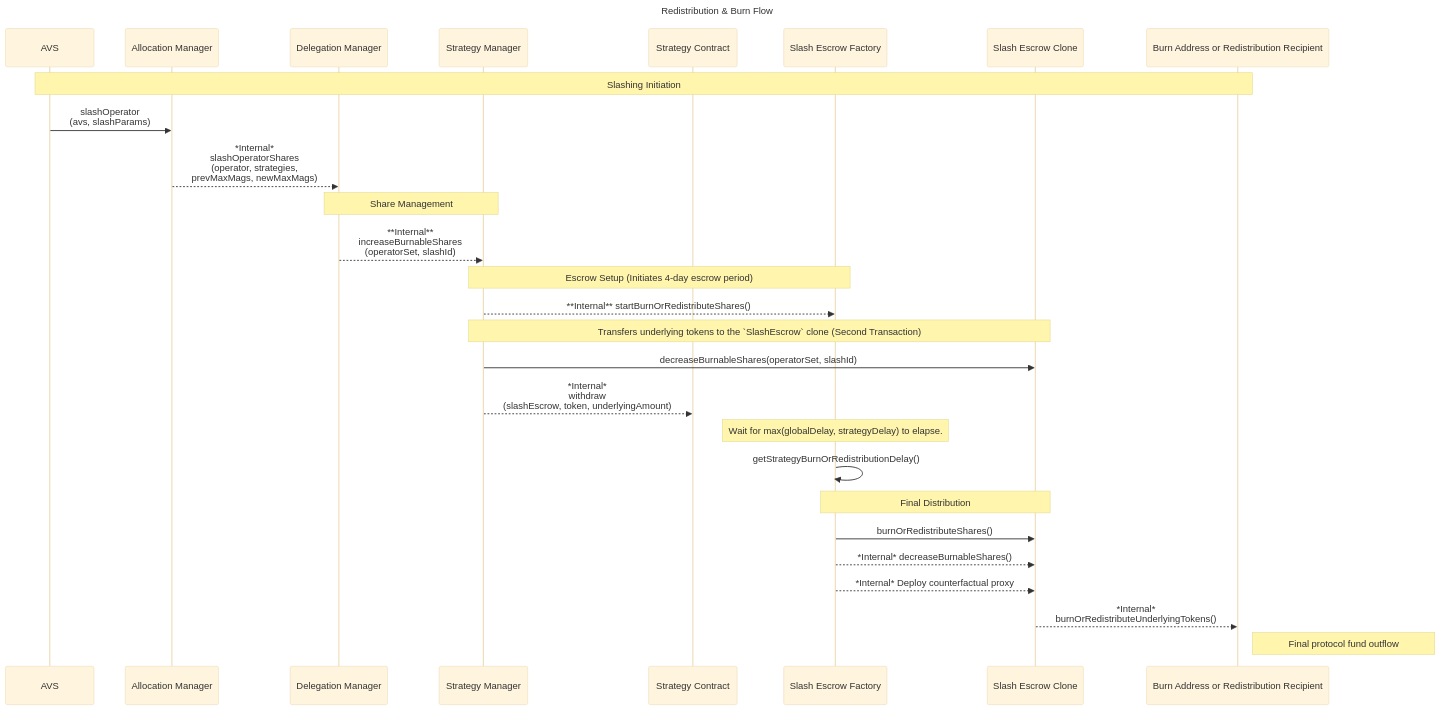
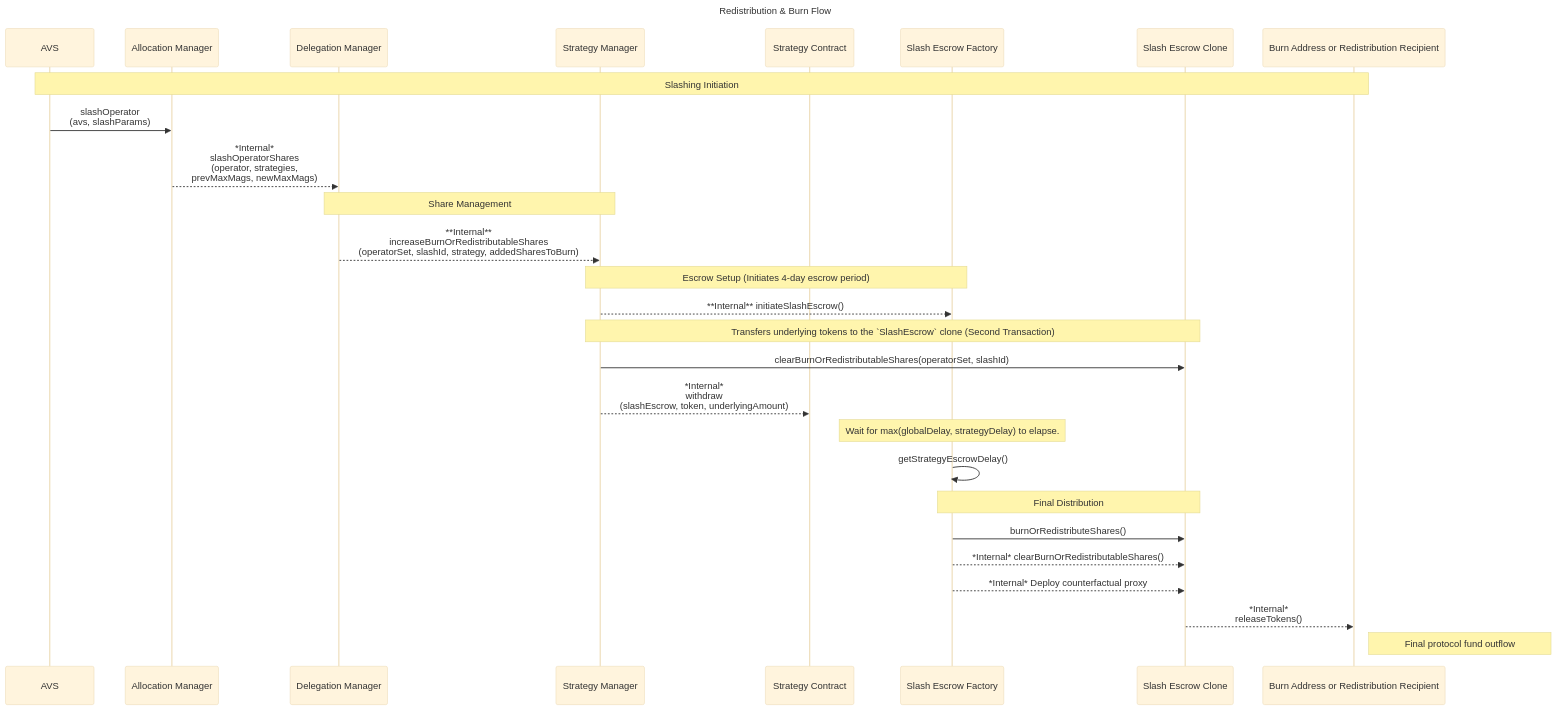
Before and after one commit to eigenfoundation/ELIPs: the diagram in ELIPs/ELIP-006.md, drawn with Mermaid (base theme). The commit also changed other lines of this file, not shown here.

````diff
--- a/ELIPs/ELIP-006.md
+++ b/ELIPs/ELIP-006.md
@@ -181,35 +179,35 @@
 ```mermaid
 sequenceDiagram
     title Redistribution & Burn Flow
 
     participant AVS as AVS
     participant ALM as Allocation Manager
     participant DM as Delegation Manager
     participant SM as Strategy Manager
     participant STR as Strategy Contract
     participant SEF as Slash Escrow Factory
     participant CL as Slash Escrow Clone
     participant BR as Burn Address or Redistribution Recipient
 
     Note over AVS,BR: Slashing Initiation
     AVS->>ALM: slashOperator<br>(avs, slashParams)
     ALM-->>DM: *Internal* <br>slashOperatorShares<br>(operator, strategies,<br> prevMaxMags, newMaxMags)
     Note over DM,SM: Share Management
-    DM-->>SM: **Internal**<br>increaseBurnableShares<br>(operatorSet, slashId)
+    DM-->>SM: **Internal**<br>increaseBurnOrRedistributableShares<br>(operatorSet, slashId, strategy, addedSharesToBurn)
     Note over SM,SEF: Escrow Setup (Initiates 4-day escrow period)
-    SM-->>SEF: **Internal** startBurnOrRedistributeShares()
+    SM-->>SEF: **Internal** initiateSlashEscrow()
     
     Note over SM,CL: Transfers underlying tokens to the `SlashEscrow` clone (Second Transaction)
-    SM->>CL: decreaseBurnableShares(operatorSet, slashId)
+    SM->>CL: clearBurnOrRedistributableShares(operatorSet, slashId)
     SM-->>STR: *Internal*<br>withdraw<br>(slashEscrow, token, underlyingAmount)
     
     Note over SEF,SEF: Wait for max(globalDelay, strategyDelay) to elapse.
-    SEF->>SEF: getStrategyBurnOrRedistributionDelay()
+    SEF->>SEF: getStrategyEscrowDelay()
     
     Note over SEF,CL: Final Distribution
     SEF->>CL: burnOrRedistributeShares()
-    SEF-->>CL: *Internal* decreaseBurnableShares()
+    SEF-->>CL: *Internal* clearBurnOrRedistributableShares()
     SEF-->>CL: *Internal* Deploy counterfactual proxy
-    CL-->>BR: *Internal* <br>burnOrRedistributeUnderlyingTokens()
+    CL-->>BR: *Internal* <br>releaseTokens()
     Note right of BR: Final protocol fund outflow
 ```
````
